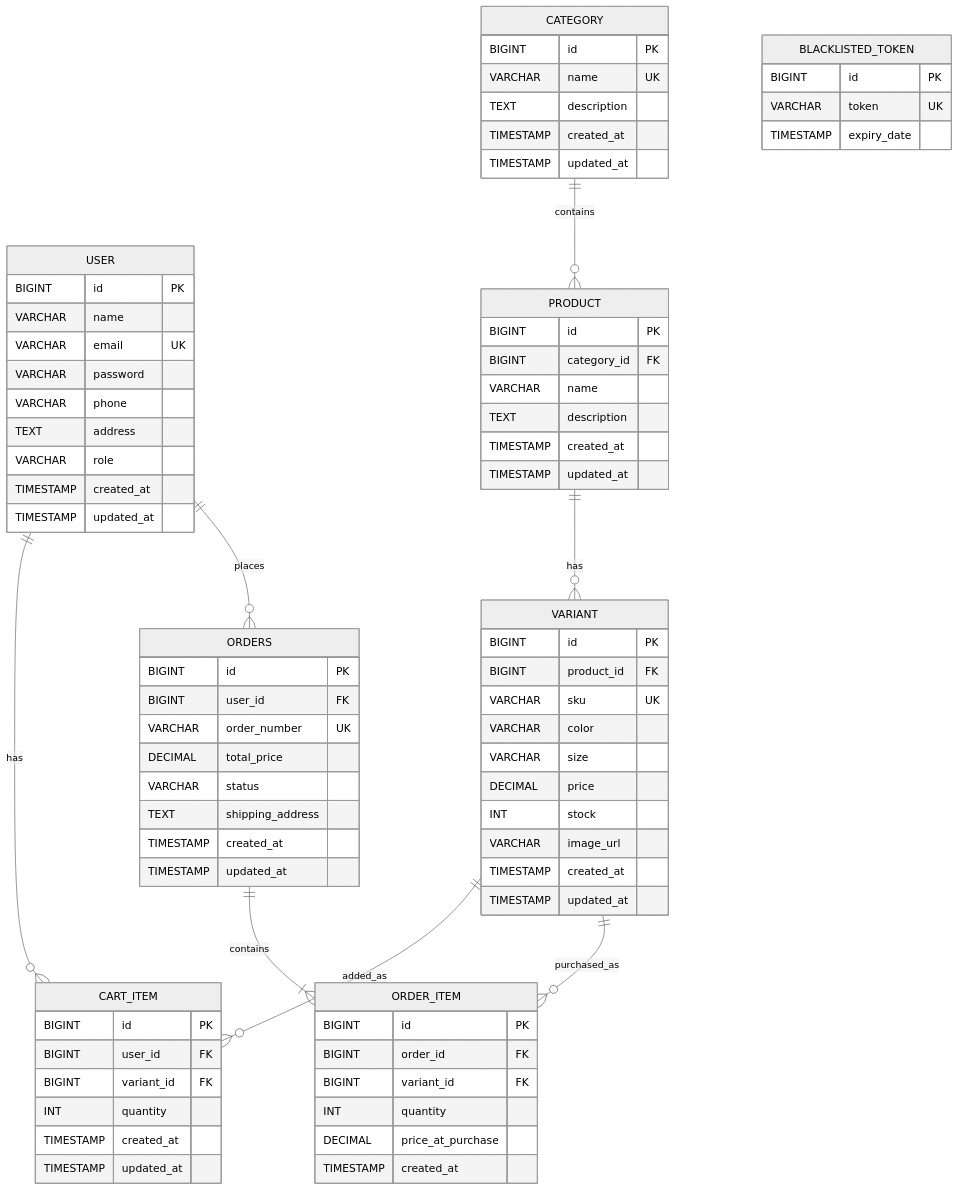
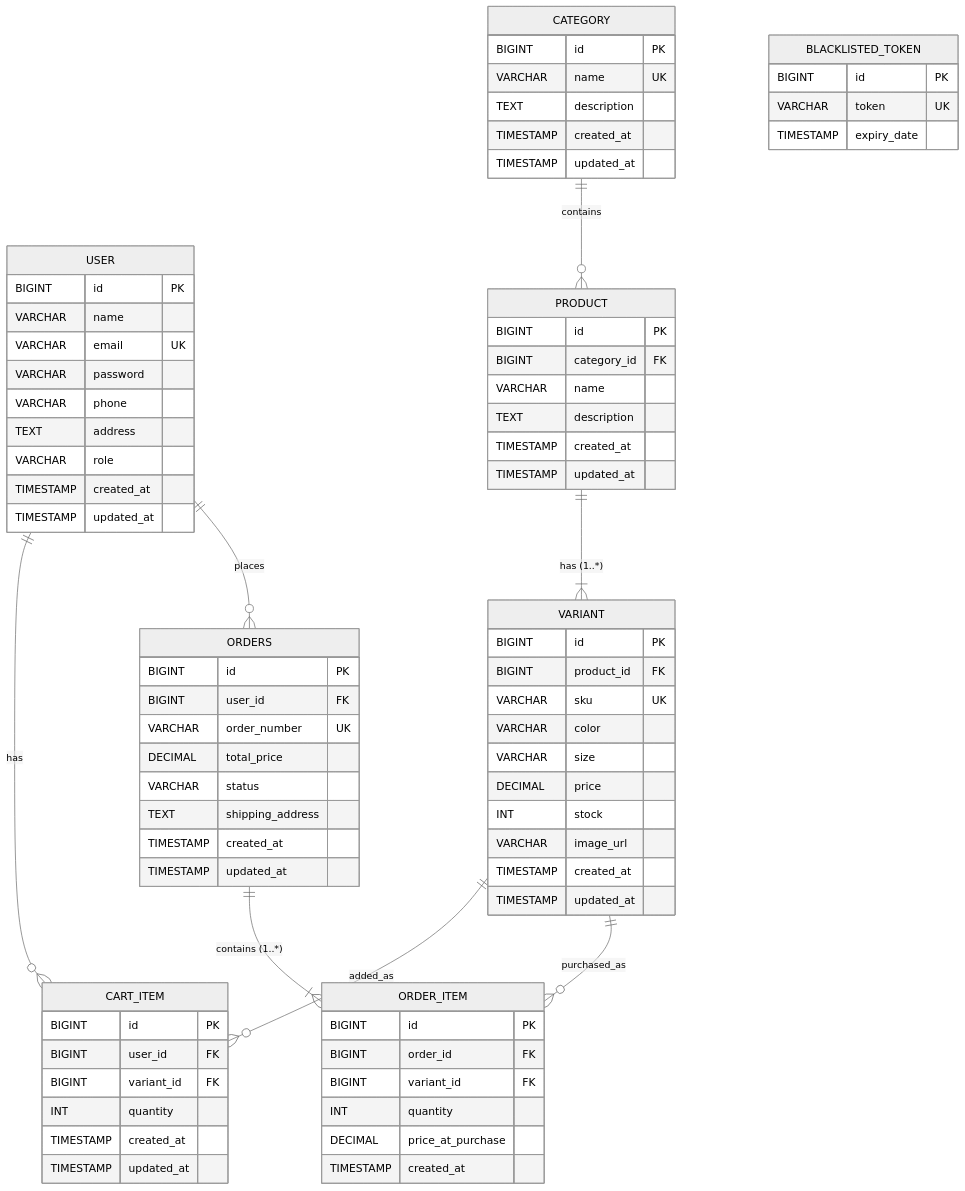
Before and after one commit to akbarazy/ecommerce-backend: the diagram in docs/DESIGN.md, drawn with Mermaid (neutral theme). The commit also changed other lines of this file and 1 other file, not shown here.

Commit message:
Update docs for product variant feature

````diff
--- a/docs/DESIGN.md
+++ b/docs/DESIGN.md
@@ -78,11 +78,11 @@
         TIMESTAMP expiry_date
     }
 
-    USER ||--o{ CART_ITEM : has
-    USER ||--o{ ORDERS : places
-    CATEGORY ||--o{ PRODUCT : contains
-    PRODUCT ||--o{ VARIANT : has
-    VARIANT ||--o{ CART_ITEM : added_as
-    ORDERS ||--|{ ORDER_ITEM : contains
-    VARIANT ||--o{ ORDER_ITEM : purchased_as
+    USER ||--o{ CART_ITEM : "has"
+    USER ||--o{ ORDERS : "places"
+    CATEGORY ||--o{ PRODUCT : "contains"
+    PRODUCT ||--|{ VARIANT : "has (1..*)"
+    VARIANT ||--o{ CART_ITEM : "added_as"
+    ORDERS ||--|{ ORDER_ITEM : "contains (1..*)"
+    VARIANT ||--o{ ORDER_ITEM : "purchased_as"
 ```
````
